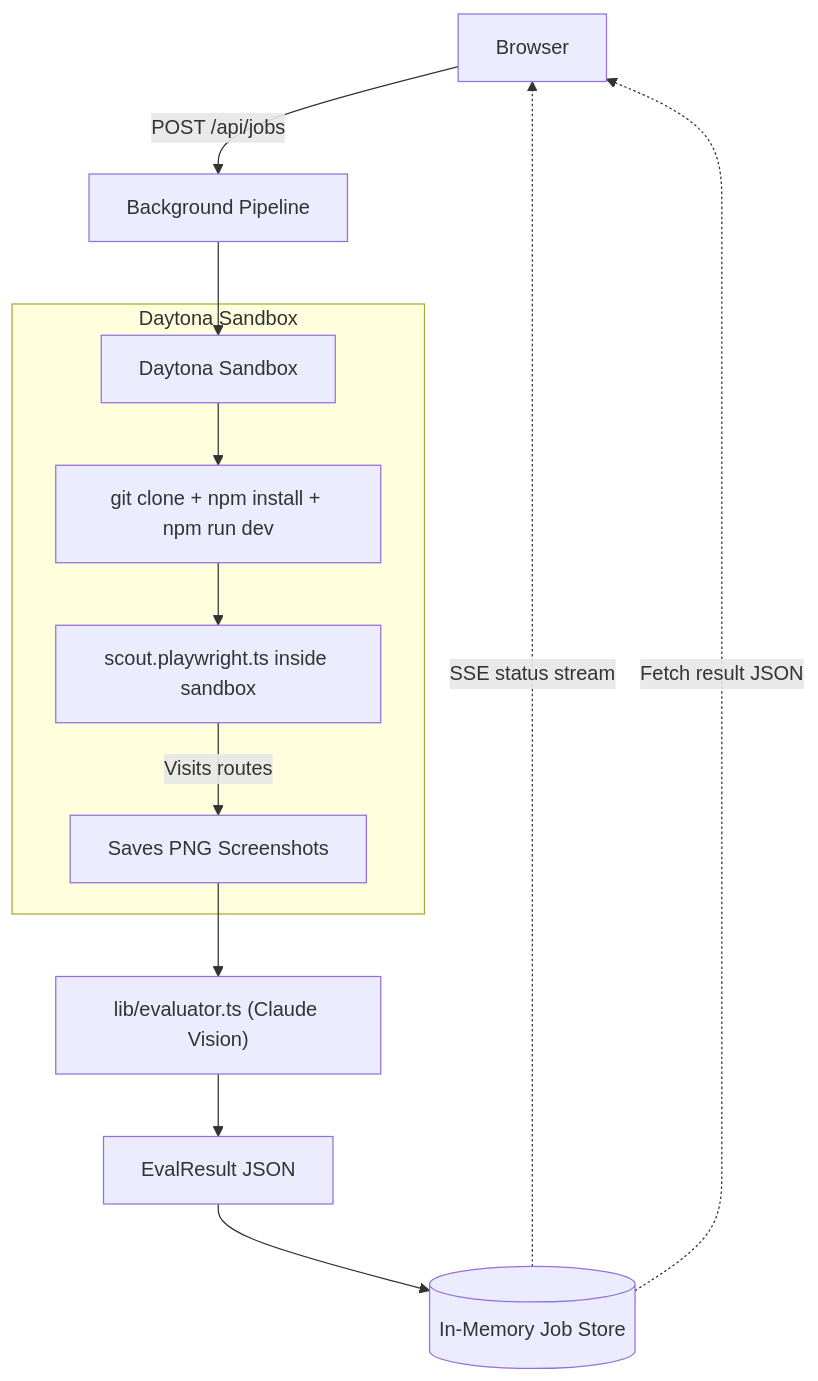
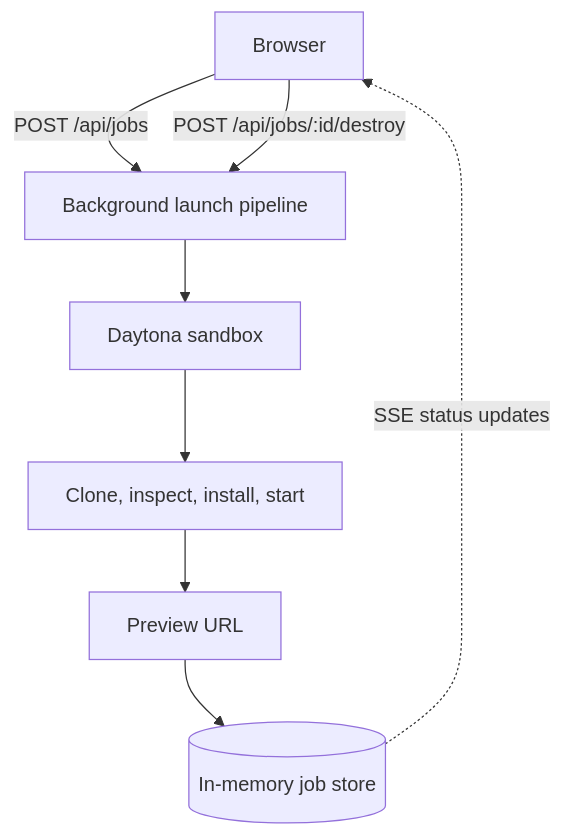
Before and after one commit to statho7/trysdk: the diagram in README.md, drawn with Mermaid. The commit also changed other lines of this file and 3 other files, not shown here.

````diff
--- a/README.md
+++ b/README.md
@@ -88,18 +72,10 @@
 ```mermaid
 flowchart TD
-    Browser[Browser] -->|POST /api/jobs| Pipeline[Background Pipeline]
-    Pipeline --> Daytona[Daytona Sandbox]
-
-    subgraph DaytonaSandbox [Daytona Sandbox]
-        Daytona --> Clone["git clone + npm install + npm run dev"]
-        Clone --> Scout["scout.playwright.ts inside sandbox"]
-        Scout -->|Visits routes| Shots[Saves PNG Screenshots]
-    end
-
-    Shots --> Evaluator["lib/evaluator.ts (Claude Vision)"]
-    Evaluator --> Result[EvalResult JSON]
-    Result --> Store[(In-Memory Job Store)]
-
-    Store -.->|SSE status stream| Browser
-    Store -.->|Fetch result JSON| Browser
+    Browser -->|POST /api/jobs| Pipeline[Background launch pipeline]
+    Pipeline --> Daytona[Daytona sandbox]
+    Daytona --> Clone[Clone, inspect, install, start]
+    Clone --> Preview[Preview URL]
+    Preview --> Store[(In-memory job store)]
+    Store -.->|SSE status updates| Browser
+    Browser -->|POST /api/jobs/:id/destroy| Pipeline
 ```
````
